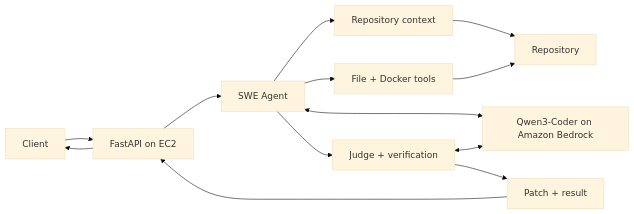
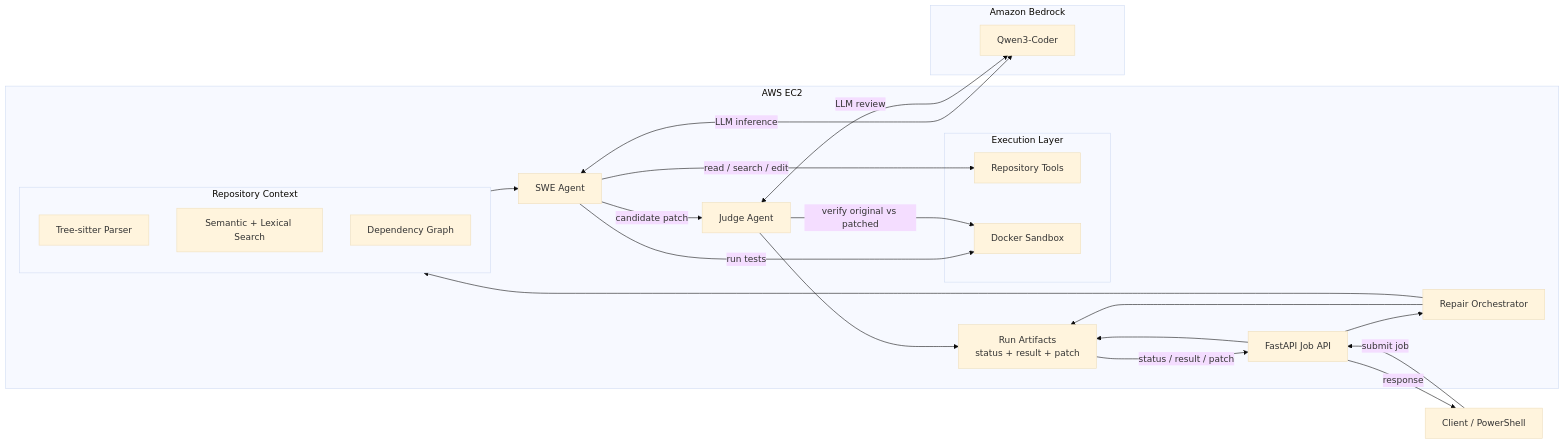
The diagram in README.md (mpopov576/swe_agent), drawn with Mermaid (base theme) before and after one commit.

````diff
--- a/README.md
+++ b/README.md
@@ -14,18 +14,51 @@
 ```mermaid
 flowchart LR
-    Client[Client] --> API[FastAPI on EC2]
-    API --> Agent[SWE Agent]
+    Client[Client / PowerShell]
 
-    Agent --> Context[Repository context]
-    Agent --> Tools[File + Docker tools]
-    Agent --> Judge[Judge + verification]
+    subgraph EC2["AWS EC2"]
+        API[FastAPI Job API]
+        Orchestrator[Repair Orchestrator]
 
-    Agent <--> Model[Qwen3-Coder on Amazon Bedrock]
-    Judge <--> Model
+        subgraph Retrieval["Repository Context"]
+            Parser[Tree-sitter Parser]
+            Search[Semantic + Lexical Search]
+            Graph[Dependency Graph]
+        end
 
-    Context --> Repo[Repository]
-    Tools --> Repo
-    Judge --> Patch[Patch + result]
-    Patch --> API
-    API --> Client
+        Agent[SWE Agent]
+        Judge[Judge Agent]
+
+        subgraph Execution["Execution Layer"]
+            Tools[Repository Tools]
+            Docker[Docker Sandbox]
+        end
+
+        Artifacts[Run Artifacts<br/>status + result + patch]
+    end
+
+    subgraph Bedrock["Amazon Bedrock"]
+        Model[Qwen3-Coder]
+    end
+
+    Client -->|submit job| API
+    API --> Orchestrator
+
+    Orchestrator --> Retrieval
+    Retrieval --> Agent
+
+    Agent -->|read / search / edit| Tools
+    Agent -->|run tests| Docker
+
+    Agent <--> |LLM inference| Model
+
+    Agent -->|candidate patch| Judge
+    Judge <--> |LLM review| Model
+    Judge -->|verify original vs patched| Docker
+
+    Orchestrator --> Artifacts
+    Judge --> Artifacts
+
+    API --> Artifacts
+    Artifacts -->|status / result / patch| API
+    API -->|response| Client
 ```
````
